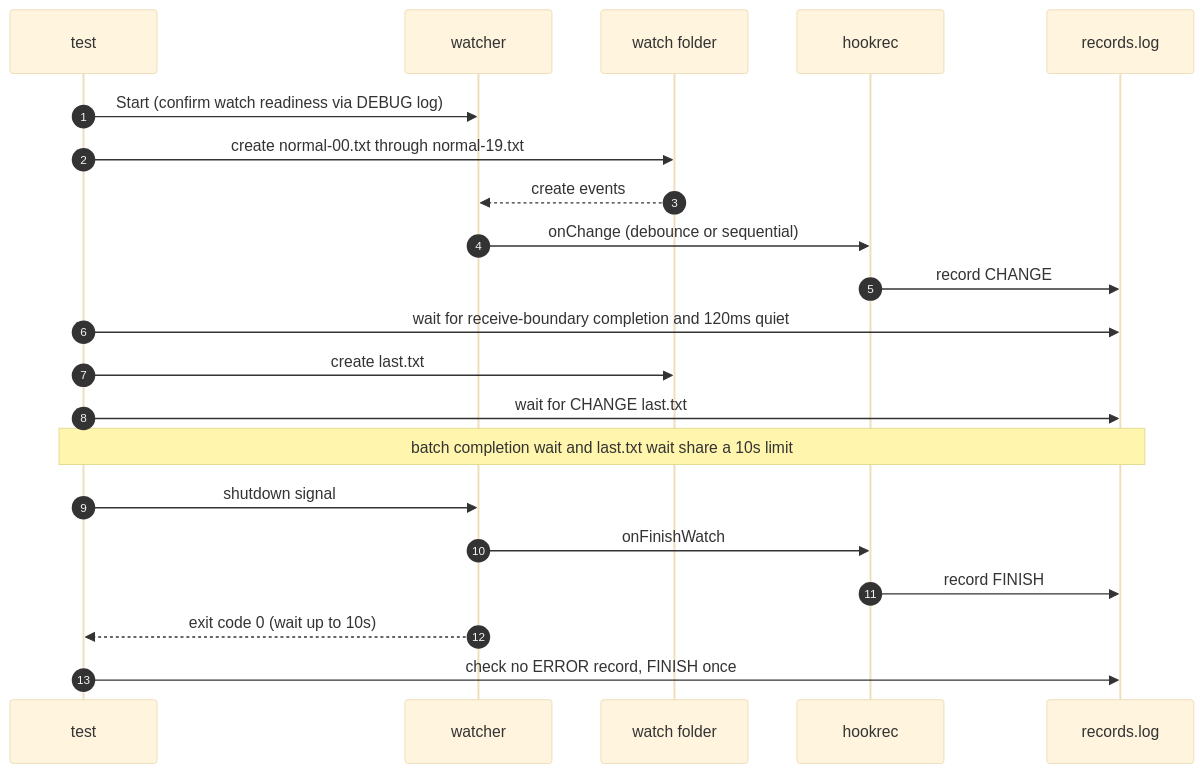
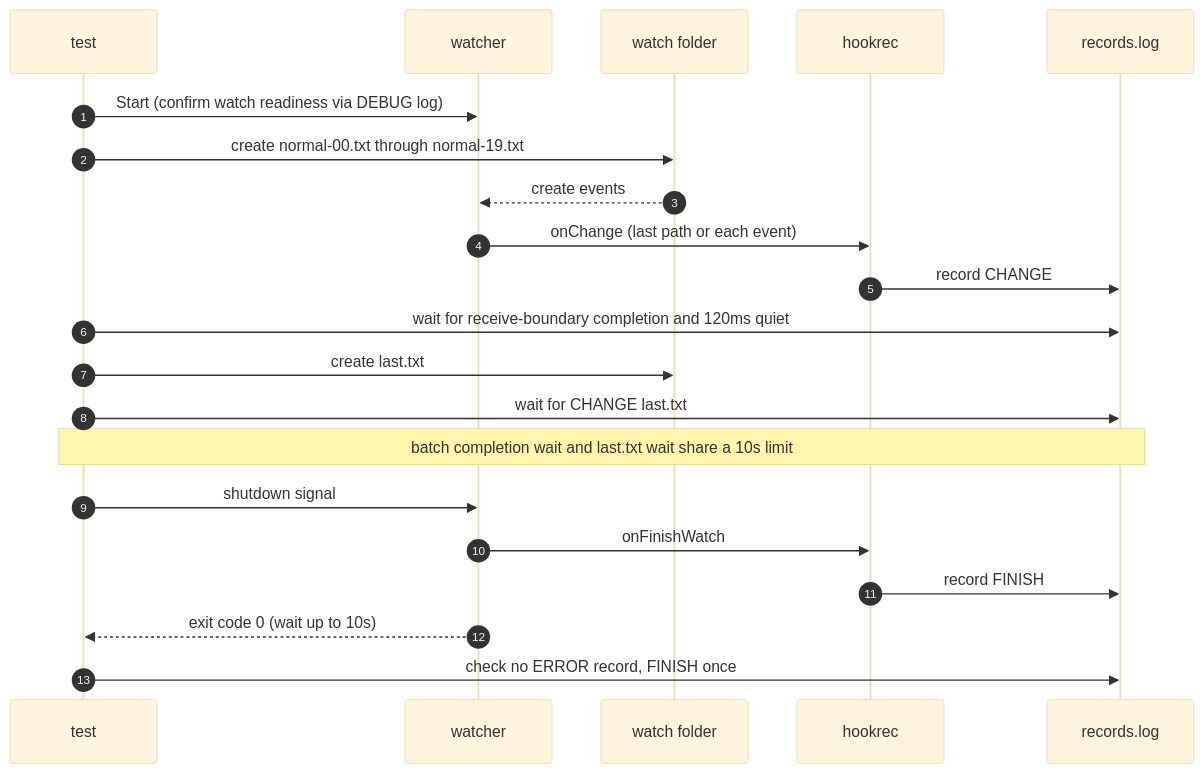
One commit to seungyeop-lee/directory-watcher changed the diagram in e2e/docs/scenarios/normal-changes-do-not-notify.md. Above: the diagram before and after it, drawn with Mermaid (base theme). The commit also changed other lines of this file and 47 other files, not shown here.

````diff
--- a/e2e/docs/scenarios/normal-changes-do-not-notify.md
+++ b/e2e/docs/scenarios/normal-changes-do-not-notify.md
@@ -28,23 +28,23 @@
 ```mermaid
 sequenceDiagram
     autonumber
     participant testCode as test
     participant watcherProc as watcher
     participant watchDir as watch folder
     participant hookRec as hookrec
     participant recordFile as records.log
     testCode->>watcherProc: Start (confirm watch readiness via DEBUG log)
     testCode->>watchDir: create normal-00.txt through normal-19.txt
     watchDir-->>watcherProc: create events
-    watcherProc->>hookRec: onChange (debounce or sequential)
+    watcherProc->>hookRec: onChange (last path or each event)
     hookRec->>recordFile: record CHANGE
     testCode->>recordFile: wait for receive-boundary completion and 120ms quiet
     testCode->>watchDir: create last.txt
     testCode->>recordFile: wait for CHANGE last.txt
     Note over testCode,recordFile: batch completion wait and last.txt wait share a 10s limit
     testCode->>watcherProc: shutdown signal
     watcherProc->>hookRec: onFinishWatch
     hookRec->>recordFile: record FINISH
     watcherProc-->>testCode: exit code 0 (wait up to 10s)
     testCode->>recordFile: check no ERROR record, FINISH once
 ```
````
